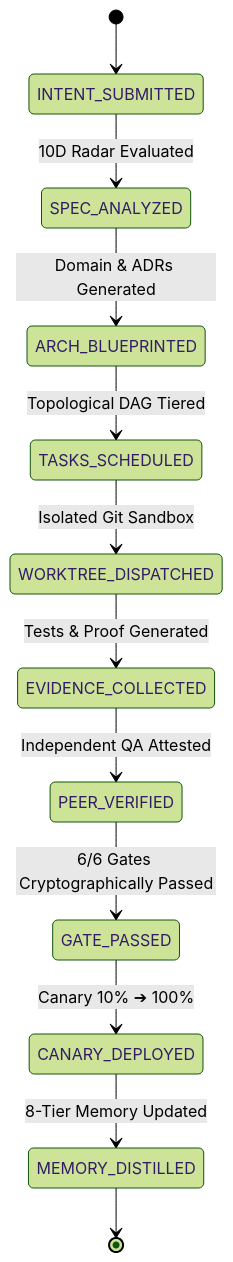
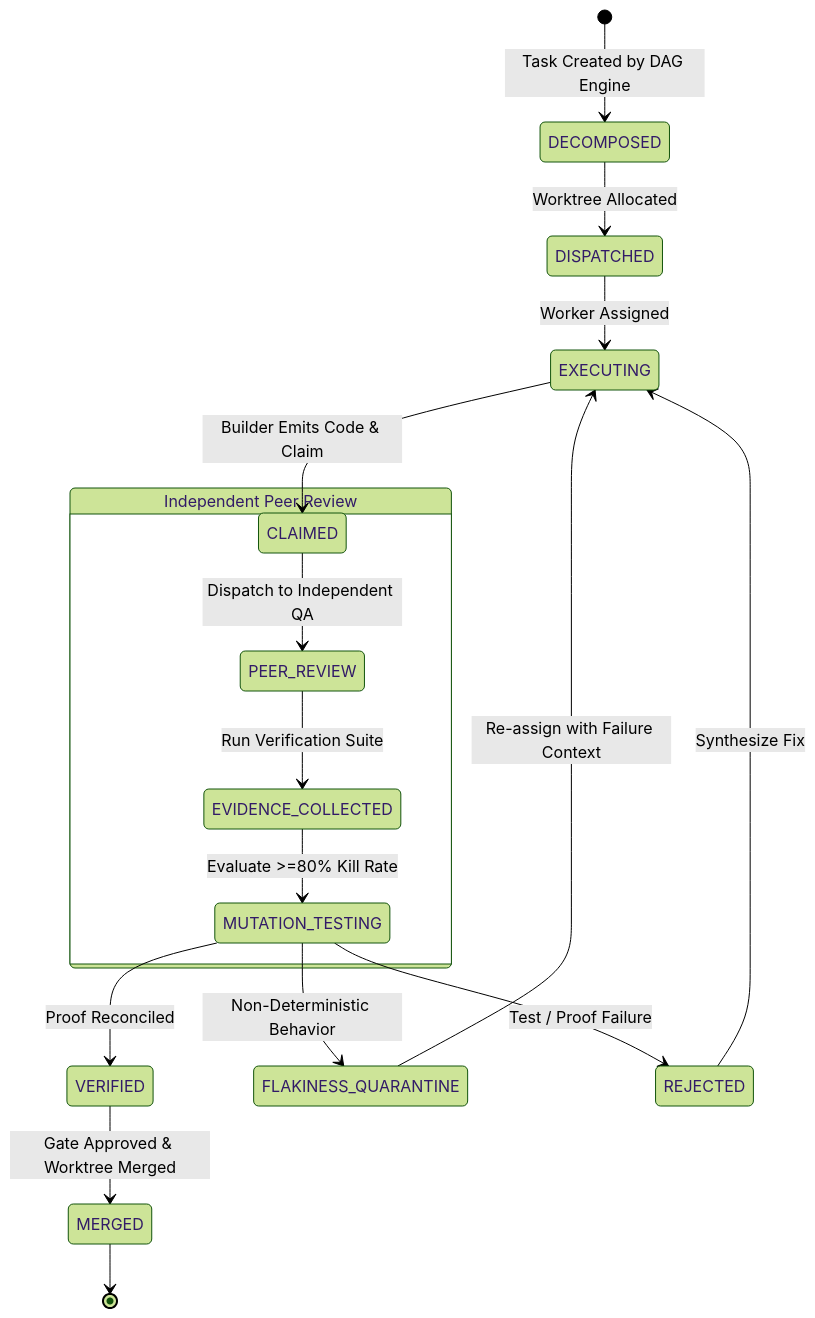
One commit to thakurcodeshere/Hell-x changed the fourth of 6 diagrams in README.md. Above: the diagram before and after it, drawn with Mermaid (forest theme). The commit also changed other lines of this file and 2 other files, not shown here.

Commit message:
docs: Ultimate Garry Tan caliber README with all UML diagrams, 10-layer architecture, domain entities, state machines, and localhost Mission Control instructions

````diff
--- a/README.md
+++ b/README.md
@@ -110,14 +289,23 @@
 ```mermaid
 stateDiagram-v2
-    [*] --> INTENT_SUBMITTED
-    INTENT_SUBMITTED --> SPEC_ANALYZED: 10D Radar Evaluated
-    SPEC_ANALYZED --> ARCH_BLUEPRINTED: Domain & ADRs Generated
-    ARCH_BLUEPRINTED --> TASKS_SCHEDULED: Topological DAG Tiered
-    TASKS_SCHEDULED --> WORKTREE_DISPATCHED: Isolated Git Sandbox
-    WORKTREE_DISPATCHED --> EVIDENCE_COLLECTED: Tests & Proof Generated
-    EVIDENCE_COLLECTED --> PEER_VERIFIED: Independent QA Attested
-    PEER_VERIFIED --> GATE_PASSED: 6/6 Gates Cryptographically Passed
-    GATE_PASSED --> CANARY_DEPLOYED: Canary 10% ➔ 100%
-    CANARY_DEPLOYED --> MEMORY_DISTILLED: 8-Tier Memory Updated
-    MEMORY_DISTILLED --> [*]
+    [*] --> DECOMPOSED: Task Created by DAG Engine
+    DECOMPOSED --> DISPATCHED: Worktree Allocated
+    DISPATCHED --> EXECUTING: Worker Assigned
+    EXECUTING --> CLAIMED: Builder Emits Code & Claim
+    
+    state "Independent Peer Review" as Review {
+        CLAIMED --> PEER_REVIEW: Dispatch to Independent QA
+        PEER_REVIEW --> EVIDENCE_COLLECTED: Run Verification Suite
+        EVIDENCE_COLLECTED --> MUTATION_TESTING: Evaluate >=80% Kill Rate
+    }
+
+    MUTATION_TESTING --> VERIFIED: Proof Reconciled
+    MUTATION_TESTING --> FLAKINESS_QUARANTINE: Non-Deterministic Behavior
+    MUTATION_TESTING --> REJECTED: Test / Proof Failure
+    
+    FLAKINESS_QUARANTINE --> EXECUTING: Re-assign with Failure Context
+    REJECTED --> EXECUTING: Synthesize Fix
+    
+    VERIFIED --> MERGED: Gate Approved & Worktree Merged
+    MERGED --> [*]
 ```
````
